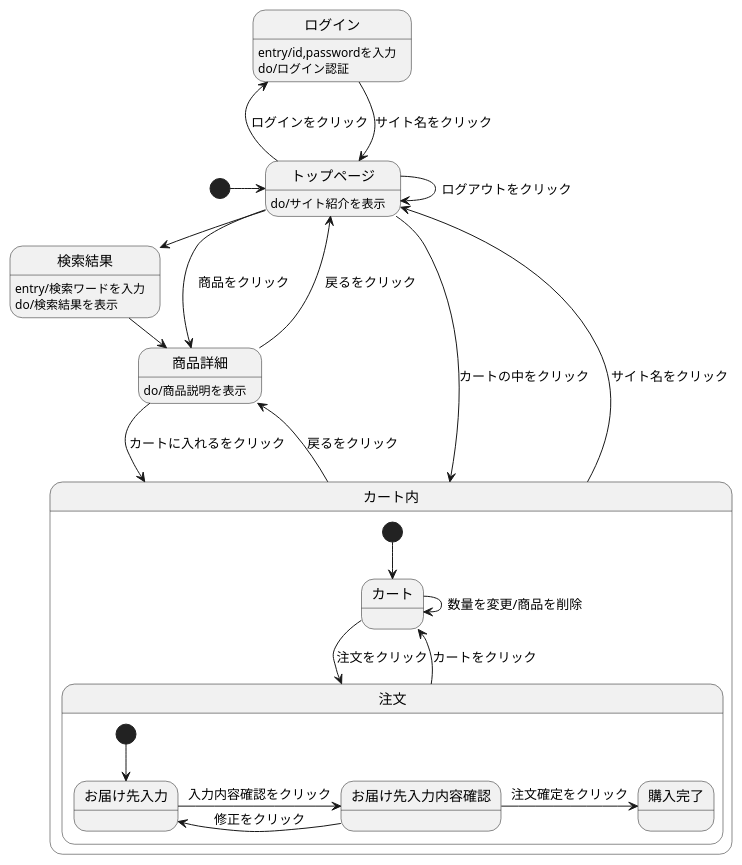
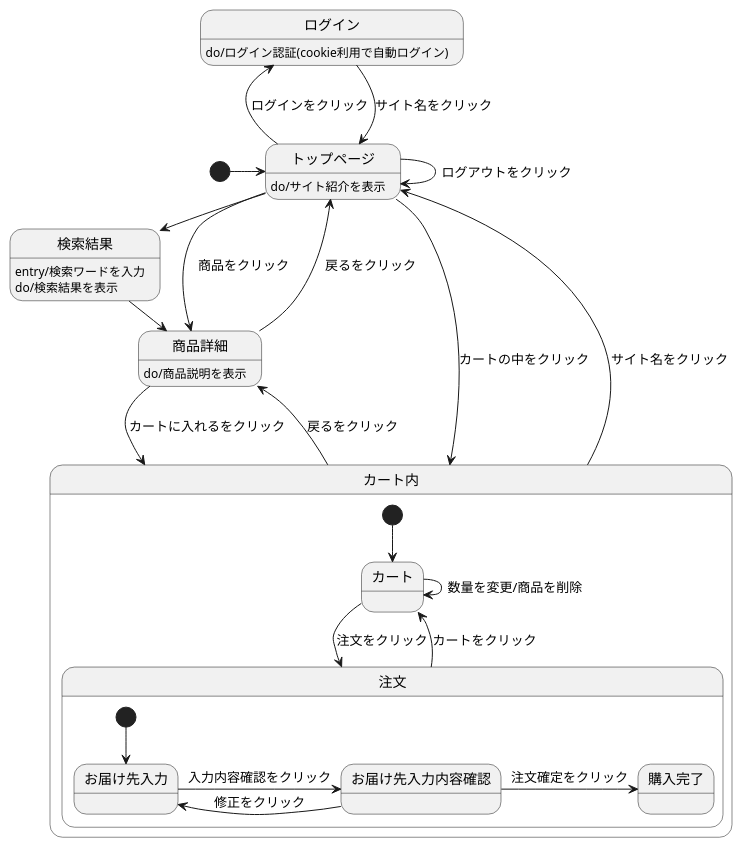
Before and after one commit to Aso2001369/2021sys-design: the diagram in src2/md/状態遷移図.md, drawn with PlantUML.

````diff
--- a/src2/md/状態遷移図.md
+++ b/src2/md/状態遷移図.md
@@ -1,36 +1,35 @@
 ```uml
 @startuml
 
 [*] -> トップページ
 ログイン --> トップページ : サイト名をクリック
-ログイン : entry/id,passwordを入力
-ログイン : do/ログイン認証
+ログイン : do/ログイン認証(cookie利用で自動ログイン)
 トップページ --> トップページ : ログアウトをクリック
 トップページ -> 検索結果 : 商品検索
 トップページ -> 商品詳細 : 商品をクリック
 トップページ -left-> ログイン : ログインをクリック
 トップページ --> カート内 : カートの中をクリック
 トップページ : do/サイト紹介を表示
 検索結果 -> 商品詳細 : 商品をクリック
 検索結果 : entry/検索ワードを入力
 検索結果 : do/検索結果を表示
 商品詳細 --> カート内 : カートに入れるをクリック
 商品詳細 --> トップページ : 戻るをクリック
 商品詳細 : do/商品説明を表示
 カート内 -up-> トップページ : サイト名をクリック
 カート内 -> 商品詳細 : 戻るをクリック
 
 state カート内 {
   [*] --> カート
   カート -> 注文 : 注文をクリック
   カート -> カート : 数量を変更/商品を削除
   注文 --> カート : カートをクリック
   state 注文 {
     [*] --> お届け先入力
     お届け先入力 -> お届け先入力内容確認 : 入力内容確認をクリック
     お届け先入力内容確認 -> お届け先入力 : 修正をクリック
     お届け先入力内容確認 -> 購入完了 : 注文確定をクリック
   }
  }
 @enduml
 ```
````
